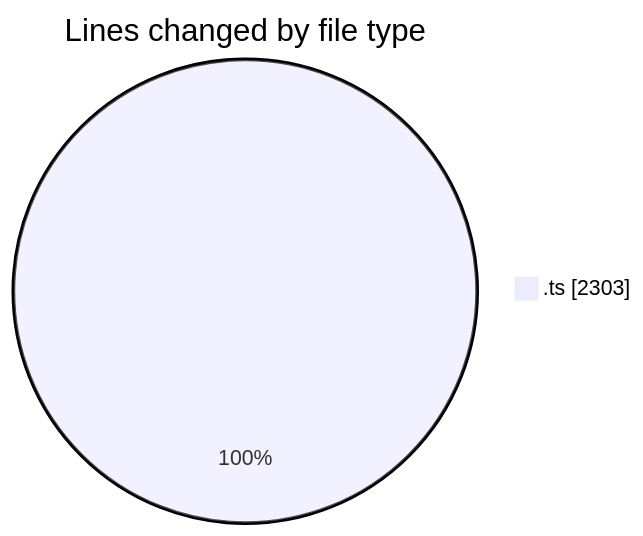
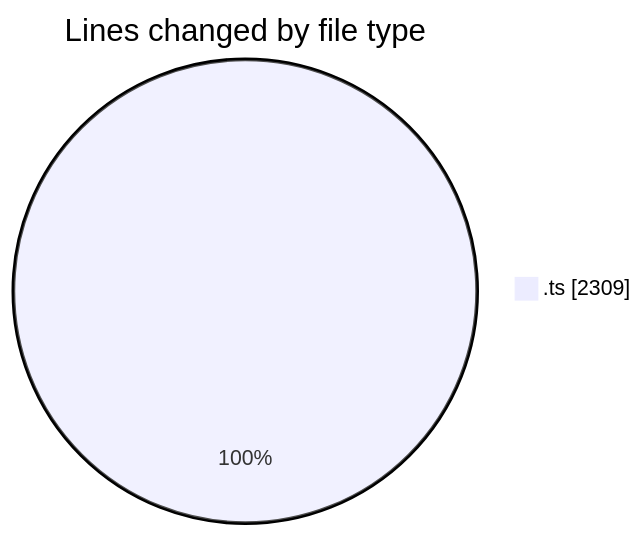
The first of 2 diagrams in 2025-10-23/cda/README.md (momahboobian/code-tracking), drawn with Mermaid before and after one commit. The commit also changed other lines of this file and 1 other file, not shown here.

````diff
--- a/2025-10-23/cda/README.md
+++ b/2025-10-23/cda/README.md
@@ -23,5 +23,5 @@
 ```mermaid
 pie showData
 title Lines changed by file type
-".ts" : 2303
+".ts" : 2309
 ```
````
